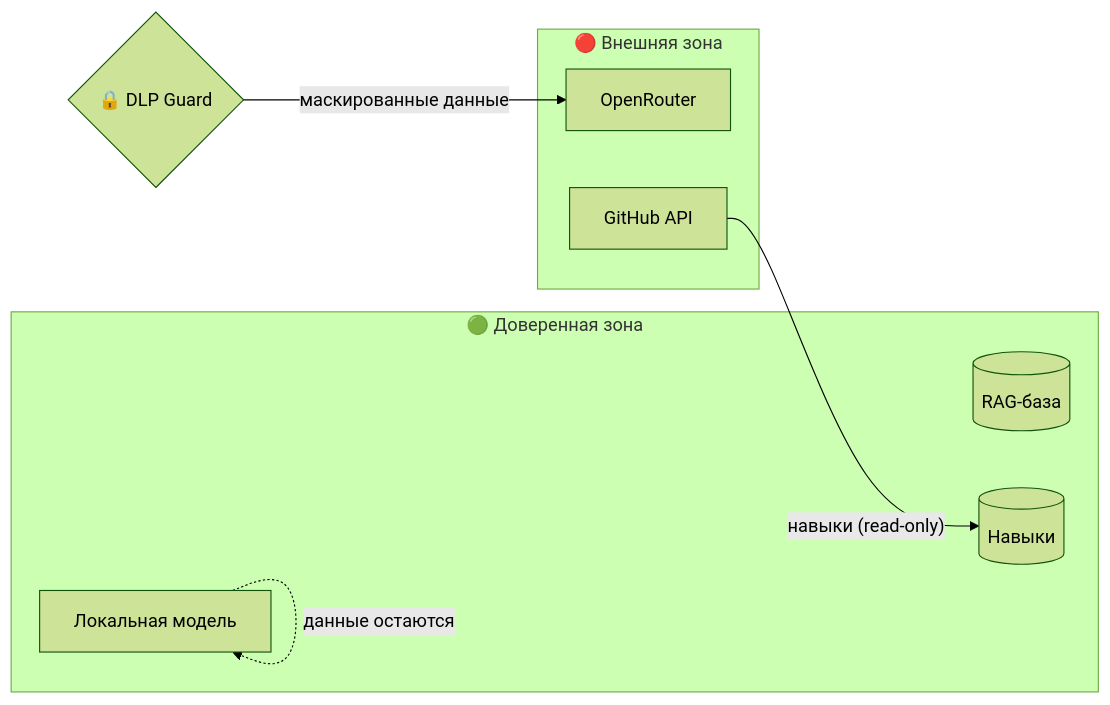
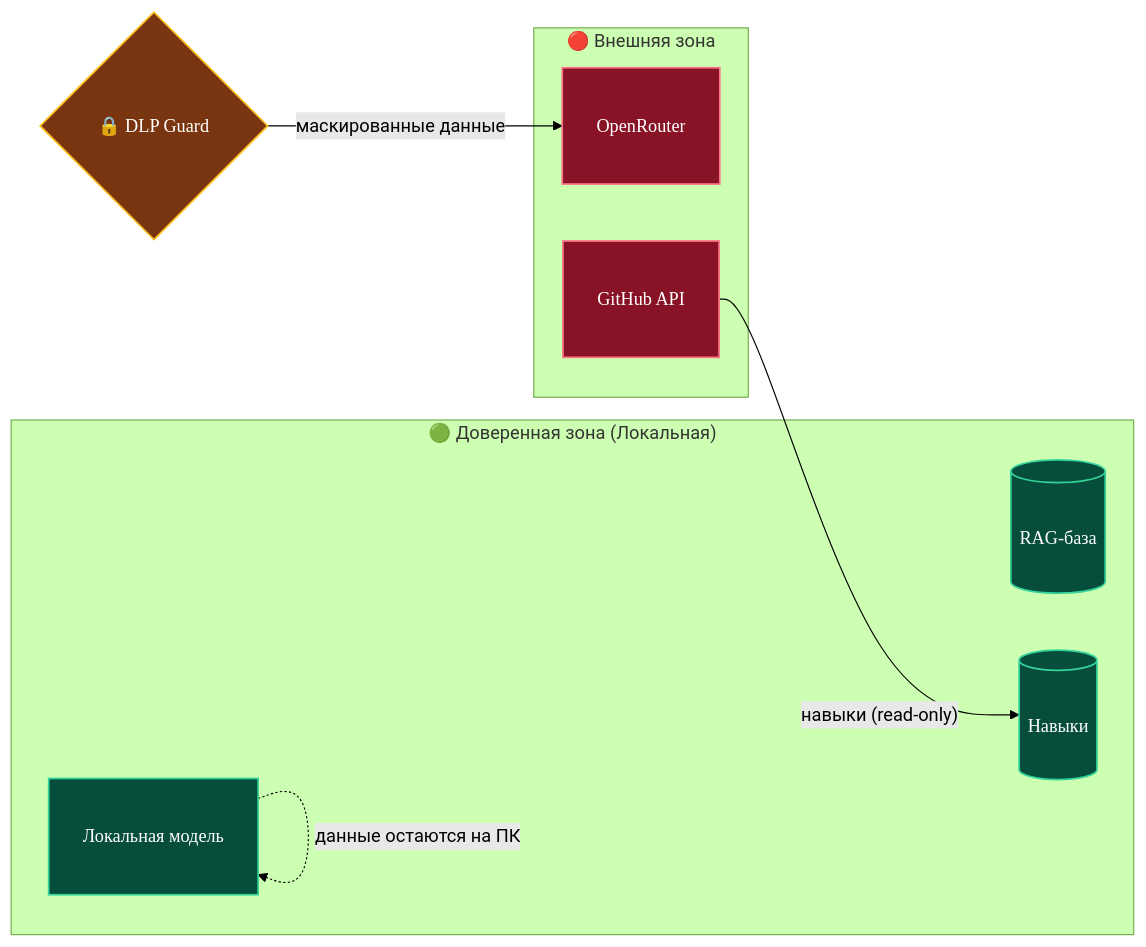
Before and after one commit to Bezooom/Evocode: the fifth of 6 diagrams in docs/ARCHITECTURE.md, drawn with Mermaid (forest theme). The commit also changed other lines of this file and 4 other files, not shown here.

Commit message:
docs: optimize Mermaid diagram sizing and styling; make VISUAL architecture interactive HTML

````diff
--- a/docs/ARCHITECTURE.md
+++ b/docs/ARCHITECTURE.md
@@ -326,19 +325,27 @@
 ```mermaid
-graph LR
-    subgraph "🟢 Доверенная зона"
-        Local[Локальная модель]
-        DB[(RAG-база)]
-        Skills[(Навыки)]
+flowchart LR
+    accTitle: Threat Model Zone Division
+    accDescr: Divides local trusted zones from external untrusted zones via DLP Guard.
+
+    classDef default font-size:16px,font-family:'JetBrains Mono',monospace,stroke-width:1.5px,padding:8px;
+    classDef safe fill:#064e3b,stroke:#34d399,color:#fff;
+    classDef unsafe fill:#881327,stroke:#fb7185,color:#fff;
+    classDef dlp fill:#78350f,stroke:#fbbf24,color:#fff;
+
+    subgraph Trusted["🟢 Доверенная зона (Локальная)"]
+        Local[Локальная модель]:::safe
+        DB[(RAG-база)]:::safe
+        Skills[(Навыки)]:::safe
     end
     
-    subgraph "🔴 Внешняя зона"
-        Cloud[OpenRouter]
-        GitHub[GitHub API]
+    subgraph Untrusted["🔴 Внешняя зона"]
+        Cloud[OpenRouter]:::unsafe
+        GitHub[GitHub API]:::unsafe
     end
     
-    DLP{🔒 DLP Guard}
+    DLP{🔒 DLP Guard}:::dlp
     
-    Local -.->|"данные остаются"| Local
+    Local -.->|"данные остаются на ПК"| Local
     DLP -->|"маскированные данные"| Cloud
     GitHub -->|"навыки (read-only)"| Skills
 ```
````
